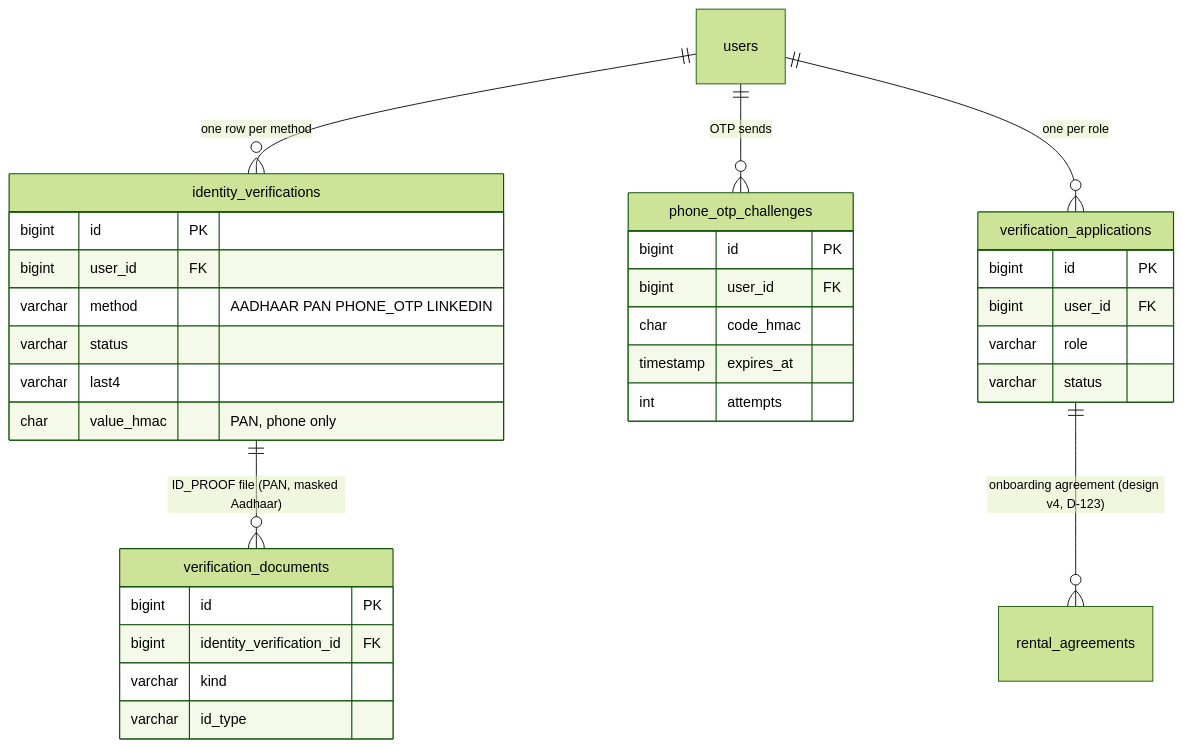
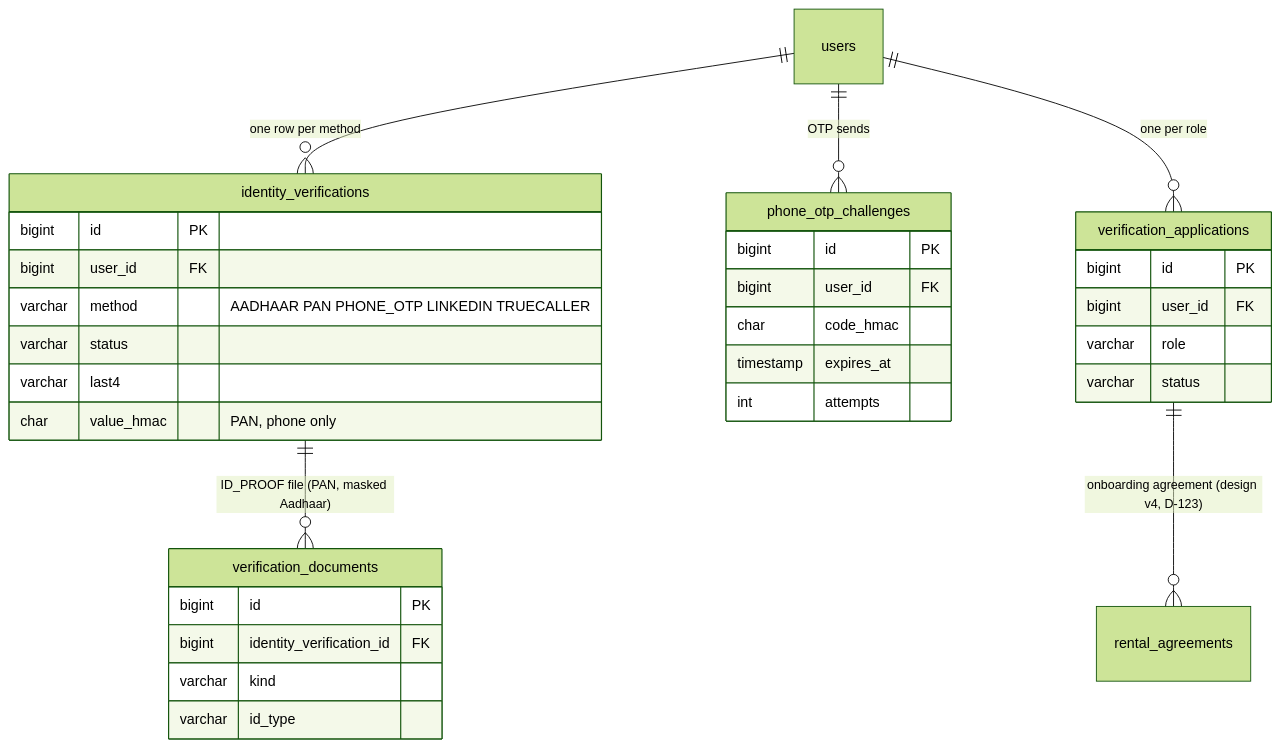
One commit to latelespaul/rent-history changed the third of 3 diagrams in rentrix-docs/database/er-diagram.md. Above: the diagram before and after it, drawn with Mermaid (forest theme). The commit also changed 37 other files, not shown here.

First line of the commit message:
feat(rentrix-server): verify the phone with Truecaller, SMS code as the fallback (#51)

````diff
--- a/rentrix-docs/database/er-diagram.md
+++ b/rentrix-docs/database/er-diagram.md
@@ -108,36 +108,36 @@
 ```mermaid
 erDiagram
     users ||--o{ identity_verifications : "one row per method"
     users ||--o{ phone_otp_challenges : "OTP sends"
     users ||--o{ verification_applications : "one per role"
     identity_verifications ||--o{ verification_documents : "ID_PROOF file (PAN, masked Aadhaar)"
     verification_applications ||--o{ rental_agreements : "onboarding agreement (design v4, D-123)"
 
     identity_verifications {
         bigint id PK
         bigint user_id FK
-        varchar method "AADHAAR PAN PHONE_OTP LINKEDIN"
+        varchar method "AADHAAR PAN PHONE_OTP LINKEDIN TRUECALLER"
         varchar status
         varchar last4
         char value_hmac "PAN, phone only"
     }
     phone_otp_challenges {
         bigint id PK
         bigint user_id FK
         char code_hmac
         timestamp expires_at
         int attempts
     }
     verification_applications {
         bigint id PK
         bigint user_id FK
         varchar role
         varchar status
     }
     verification_documents {
         bigint id PK
         bigint identity_verification_id FK
         varchar kind
         varchar id_type
     }
 ```
````
